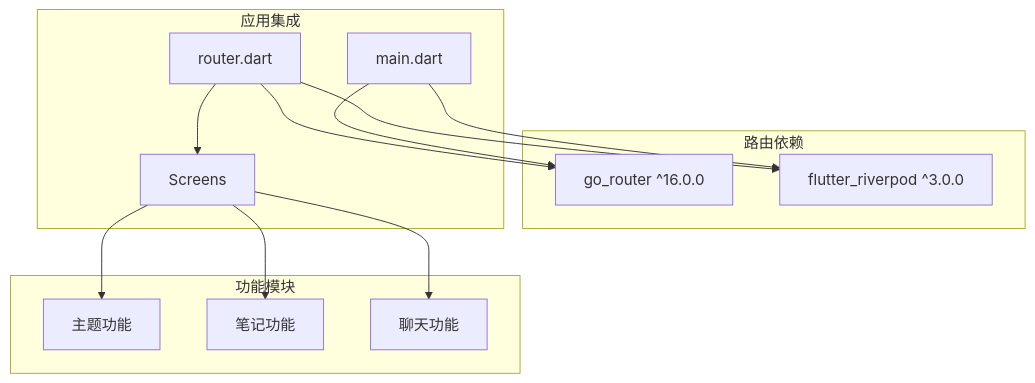
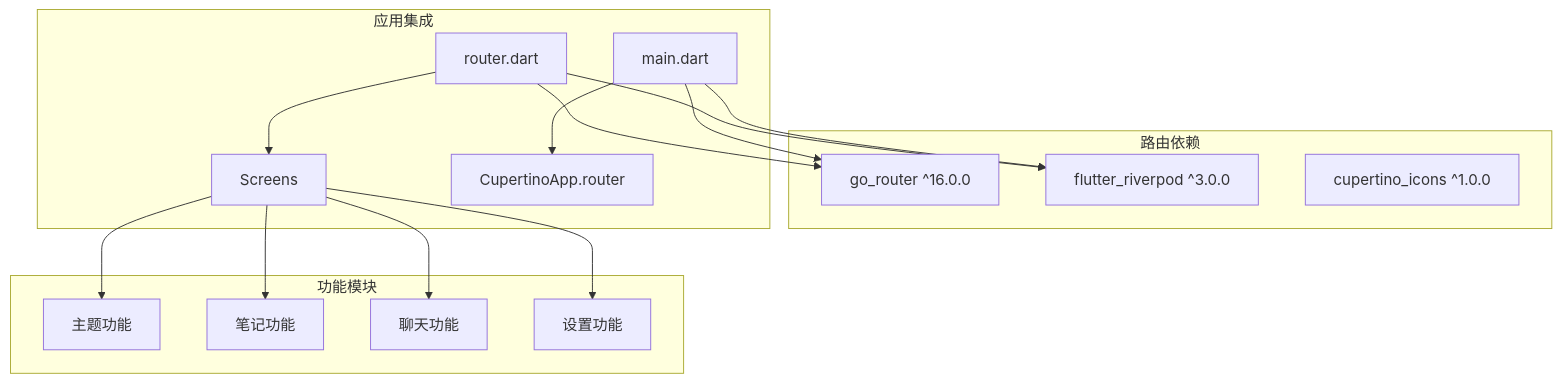
Diagram 11 of 14 in .qoder/repowiki/zh/content/架构设计/路由系统设计.md (Ykworm/thktree), drawn with Mermaid before and after one commit. The commit also changed other lines of this file and 39 other files, not shown here.

````diff
--- a/.qoder/repowiki/zh/content/架构设计/路由系统设计.md
+++ b/.qoder/repowiki/zh/content/架构设计/路由系统设计.md
@@ -281,25 +398,30 @@
 ```mermaid
 graph TB
 subgraph "路由依赖"
 GoRouter[go_router ^16.0.0]
 Riverpod[flutter_riverpod ^3.0.0]
+CupertinoIcons[cupertino_icons ^1.0.0]
 end
 subgraph "应用集成"
 Main[main.dart]
 Router[router.dart]
 Screens[Screens]
+CupertinoApp[CupertinoApp.router]
 end
 subgraph "功能模块"
 Theme[主题功能]
 Notes[笔记功能]
 Chat[聊天功能]
+Settings[设置功能]
 end
 Main --> GoRouter
 Main --> Riverpod
+Main --> CupertinoApp
 Router --> GoRouter
 Router --> Riverpod
 Router --> Screens
 Screens --> Theme
 Screens --> Notes
 Screens --> Chat
+Screens --> Settings
 ```
````
